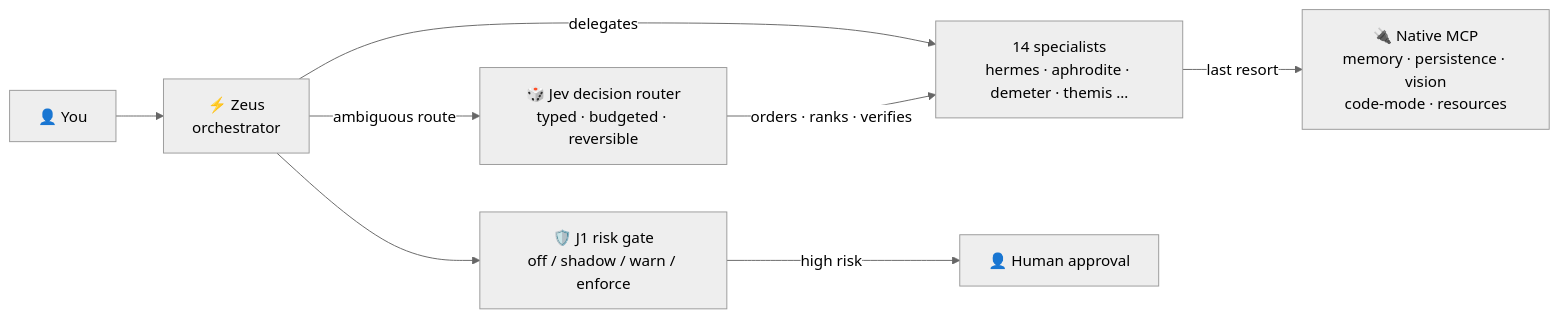
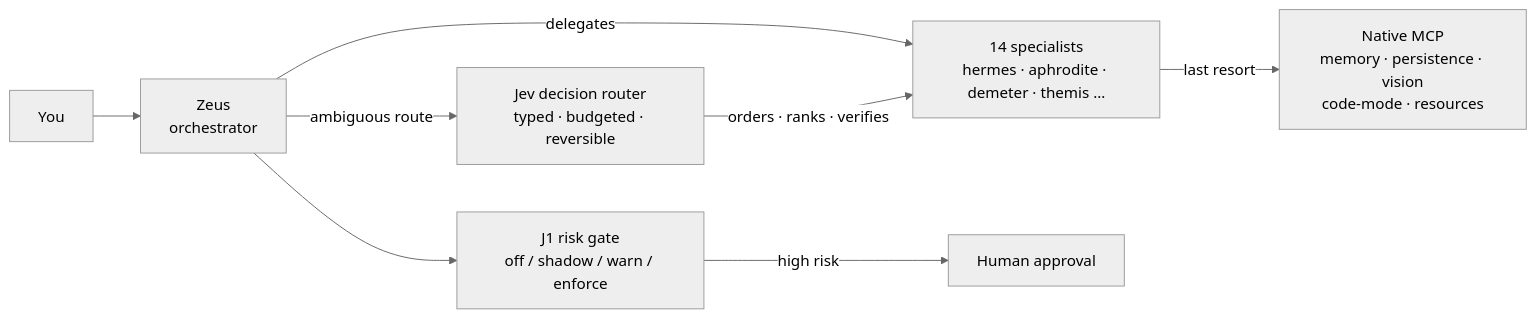
The first of 4 diagrams in README.md (ils15/pantheon-opencode), drawn with Mermaid (neutral theme) before and after one commit. The commit also changed other lines of this file and 63 other files, not shown here.

````diff
--- a/README.md
+++ b/README.md
@@ -22,10 +22,10 @@
 ```mermaid
 flowchart LR
-    U["👤 You"] --> Z["⚡ Zeus<br/>orchestrator"]
+    U["You"] --> Z["Zeus<br/>orchestrator"]
     Z -->|"delegates"| S["14 specialists<br/>hermes · aphrodite · demeter · themis …"]
-    Z -->|"ambiguous route"| J["🎲 Jev decision router<br/>typed · budgeted · reversible"]
+    Z -->|"ambiguous route"| J["Jev decision router<br/>typed · budgeted · reversible"]
     J -->|"orders · ranks · verifies"| S
-    S -->|"last resort"| M["🔌 Native MCP<br/>memory · persistence · vision<br/>code-mode · resources"]
-    Z --> G["🛡️ J1 risk gate<br/>off / shadow / warn / enforce"]
-    G -->|"high risk"| H["👤 Human approval"]
+    S -->|"last resort"| M["Native MCP<br/>memory · persistence · vision<br/>code-mode · resources"]
+    Z --> G["J1 risk gate<br/>off / shadow / warn / enforce"]
+    G -->|"high risk"| H["Human approval"]
 ```
````
